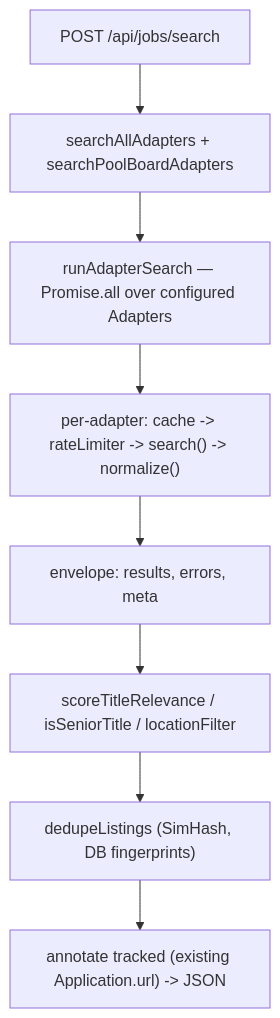
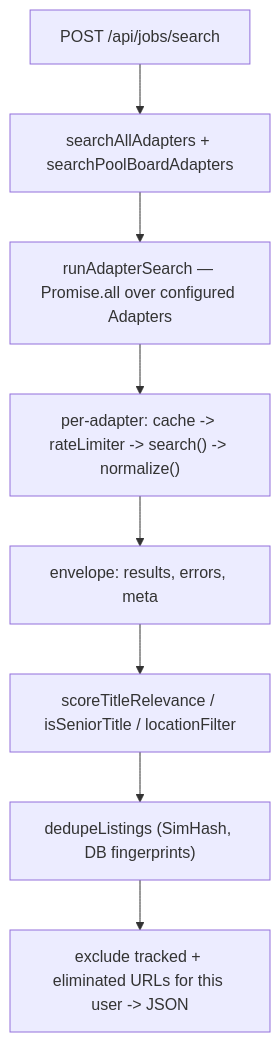
Before and after one commit to Darius-PJ/Serpo: the diagram in docs/ARCHITECTURE.md, drawn with Mermaid. The commit also changed other lines of this file and 19 other files, not shown here.

````diff
--- a/docs/ARCHITECTURE.md
+++ b/docs/ARCHITECTURE.md
@@ -164,10 +167,10 @@
 ```mermaid
 flowchart TD
   A["POST /api/jobs/search"] --> B["searchAllAdapters + searchPoolBoardAdapters"]
   B --> C["runAdapterSearch — Promise.all over configured Adapters"]
   C --> D["per-adapter: cache -> rateLimiter -> search() -> normalize()"]
   D --> E["envelope: results, errors, meta"]
   E --> F["scoreTitleRelevance / isSeniorTitle / locationFilter"]
   F --> G["dedupeListings (SimHash, DB fingerprints)"]
-  G --> H["annotate tracked (existing Application.url) -> JSON"]
+  G --> H["exclude tracked + eliminated URLs for this user -> JSON"]
 ```
````
